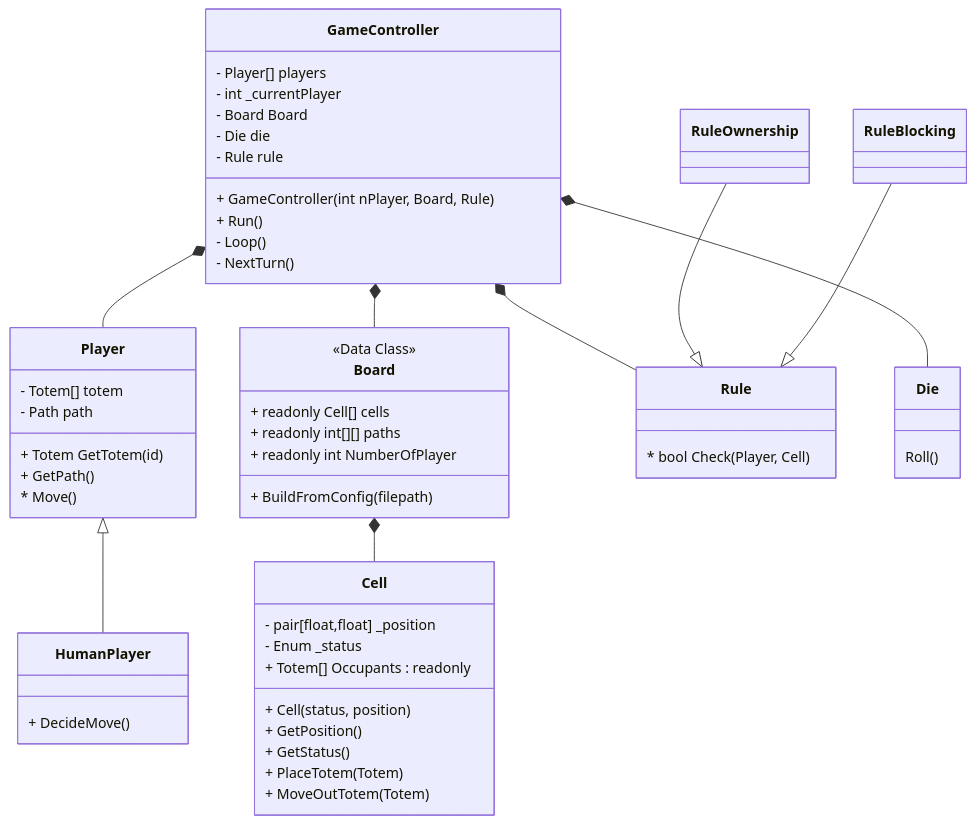
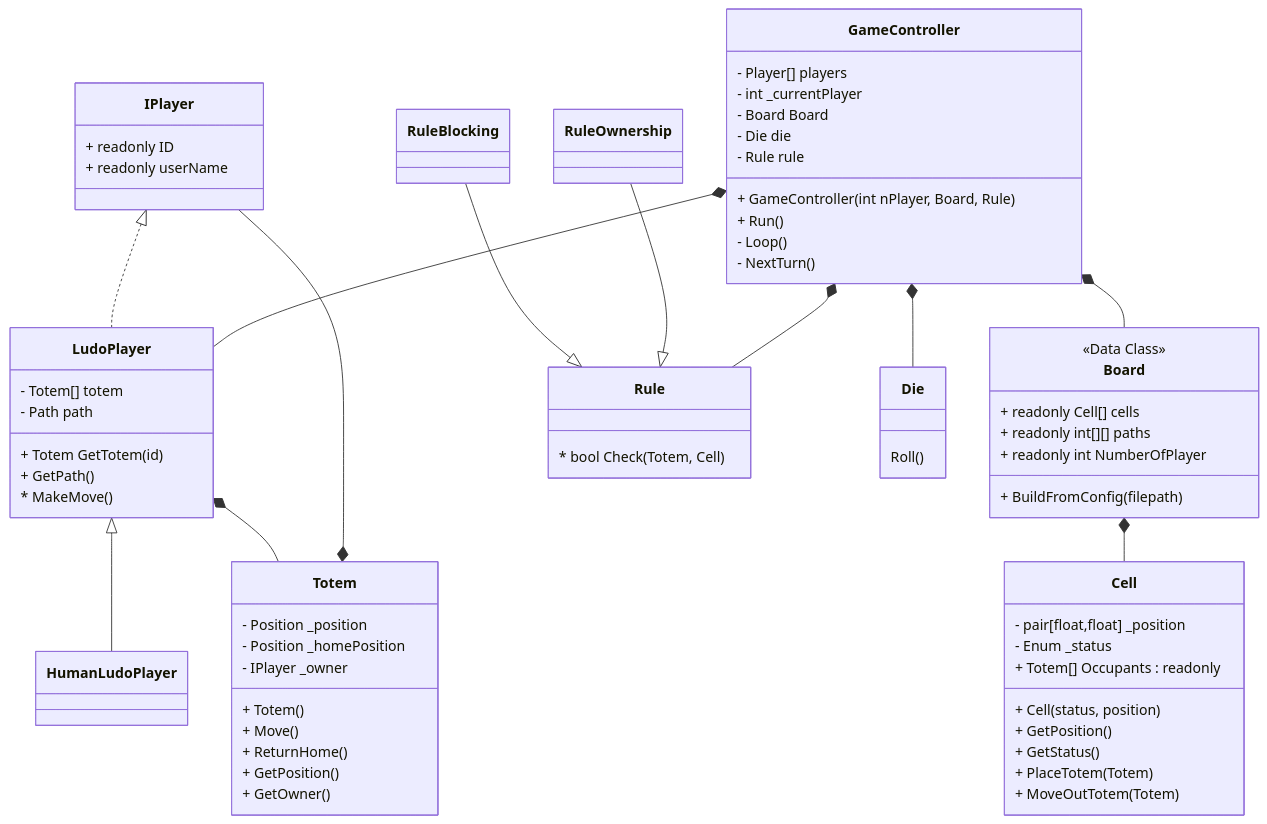
The first of 2 diagrams in Ludo.md (probabilitynokami/ClassDiagram), drawn with Mermaid before and after one commit. The commit also changed other lines of this file, not shown here.

Commit message:
brainstorming another model

````diff
--- a/Ludo.md
+++ b/Ludo.md
@@ -1,14 +1,30 @@
 ```mermaid
 classDiagram
-    class Player{
+
+    class IPlayer{
+        + readonly ID
+        + readonly userName
+    }
+    class LudoPlayer{
         - Totem[] totem
         - Path path
         + Totem GetTotem(id)
         + GetPath()
-        * Move()
+        * MakeMove()
     }
-    class HumanPlayer{
-        + DecideMove()
+    class HumanLudoPlayer{
+    }
+
+    class Totem{
+        - Position _position
+        - Position _homePosition
+        - IPlayer _owner
+
+        + Totem()
+        + Move()
+        + ReturnHome()
+        + GetPosition()
+        + GetOwner()
     }
 
 
@@ -32,7 +48,7 @@
     }
 
     class Rule{
-        * bool Check(Player, Cell)
+        * bool Check(Totem, Cell)
     }
     class RuleBlocking{
 
@@ -63,10 +79,13 @@
     RuleBlocking  --|> Rule
     RuleOwnership --|> Rule
 
+    IPlayer <|.. LudoPlayer
+    LudoPlayer <|-- HumanLudoPlayer
 
-    Player <|-- HumanPlayer
+    LudoPlayer *-- Totem
+    Totem *-- IPlayer
 
-    GameController *-- Player
+    GameController *-- LudoPlayer
     GameController *-- Board
     GameController *-- Rule
     GameController *-- Die
````
